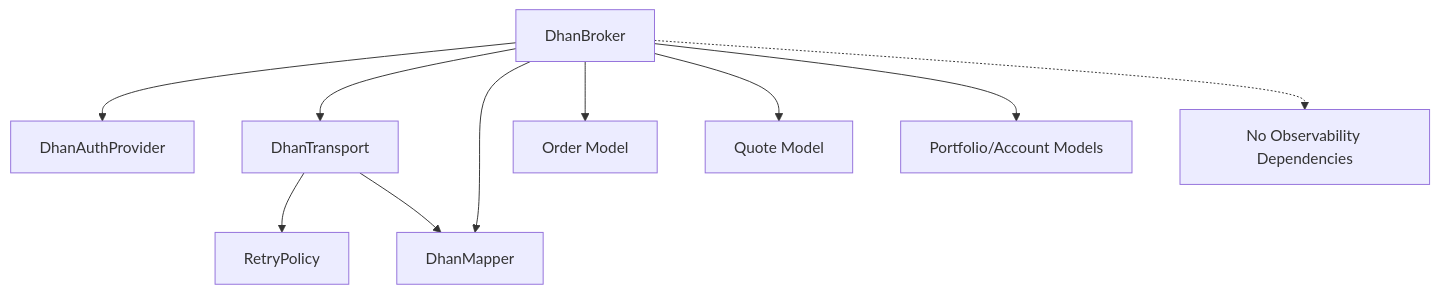
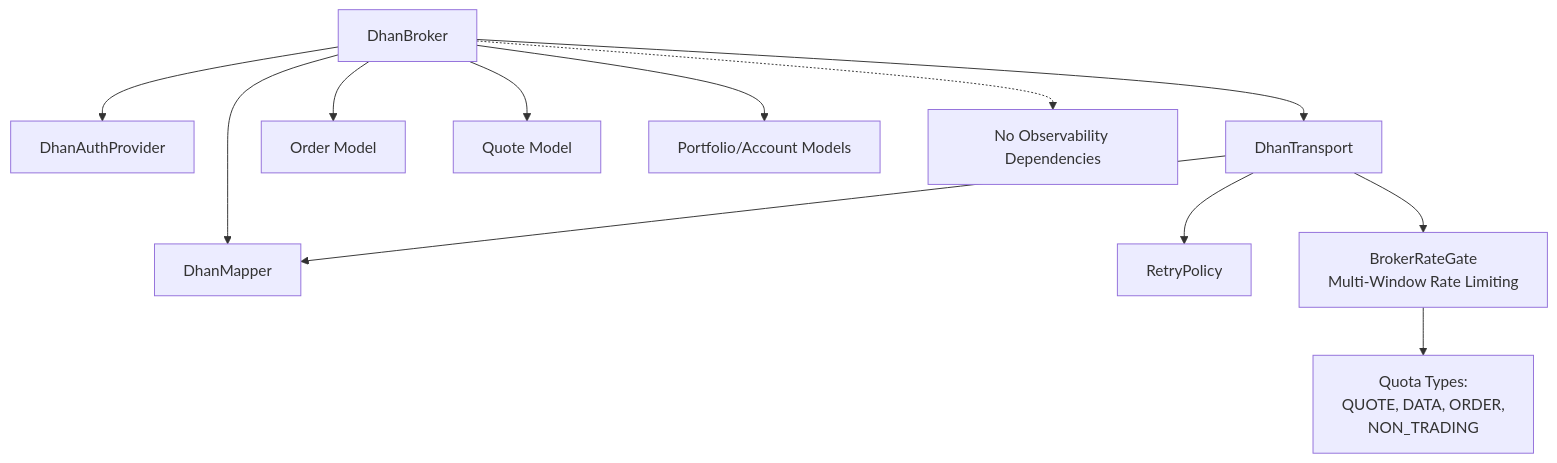
Before and after one commit to Ganesh-Kusundal/nTrade: diagram 14 of 14 in .qoder/repowiki/en/content/Broker Integration/Dhan Broker Implementation.md, drawn with Mermaid. The commit also changed other lines of this file and 203 other files, not shown here.

First line of the commit message:
review findings sweep: depth retry, LTP failure guard, stale-refresh fix, rate-gate blocked heuristic

````diff
--- a/.qoder/repowiki/en/content/Broker Integration/Dhan Broker Implementation.md
+++ b/.qoder/repowiki/en/content/Broker Integration/Dhan Broker Implementation.md
@@ -438,12 +660,14 @@
 ```mermaid
 graph TB
 DhanBroker["DhanBroker"] --> DhanAuthProvider["DhanAuthProvider"]
 DhanBroker --> DhanTransport["DhanTransport"]
 DhanBroker --> DhanMapper["DhanMapper"]
 DhanTransport --> RetryPolicy["RetryPolicy"]
+DhanTransport --> BrokerRateGate["BrokerRateGate<br/>Multi-Window Rate Limiting"]
 DhanTransport --> DhanMapper
 DhanBroker --> OrderModel["Order Model"]
 DhanBroker --> QuoteModel["Quote Model"]
 DhanBroker --> PortfolioModel["Portfolio/Account Models"]
 DhanBroker -.-> NoObs["No Observability Dependencies"]
+BrokerRateGate --> QuotaTypes["Quota Types:<br/>QUOTE, DATA, ORDER,<br/>NON_TRADING"]
 ```
````
